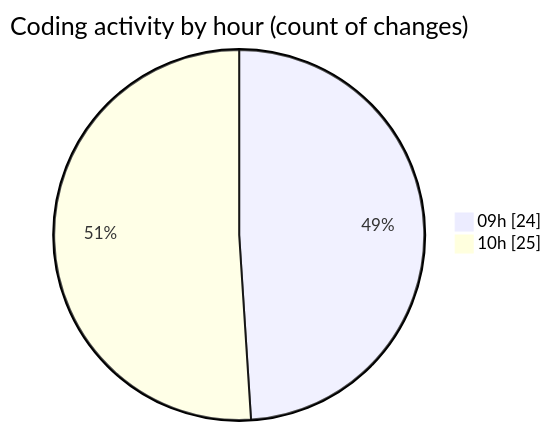
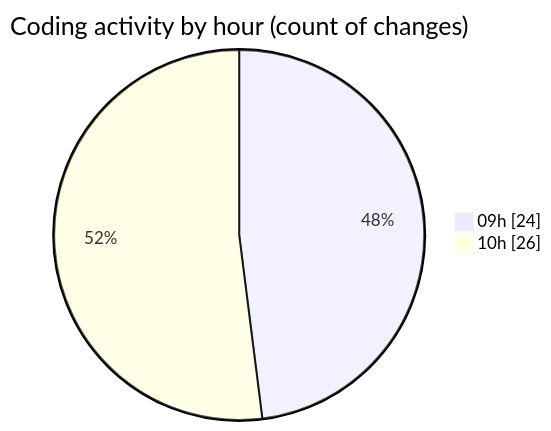
One commit to MatusMokan/code-tracking changed the second of 2 diagrams in 2025-05-08/myws__workspace_/README.md. Above: the diagram before and after it, drawn with Mermaid. The commit also changed other lines of this file and 1 other file, not shown here.

````diff
--- a/2025-05-08/myws__workspace_/README.md
+++ b/2025-05-08/myws__workspace_/README.md
@@ -30,6 +30,6 @@
 ```mermaid
 pie showData
 title Coding activity by hour (count of changes)
 "09h" : 24
-"10h" : 25
+"10h" : 26
 ```
````
